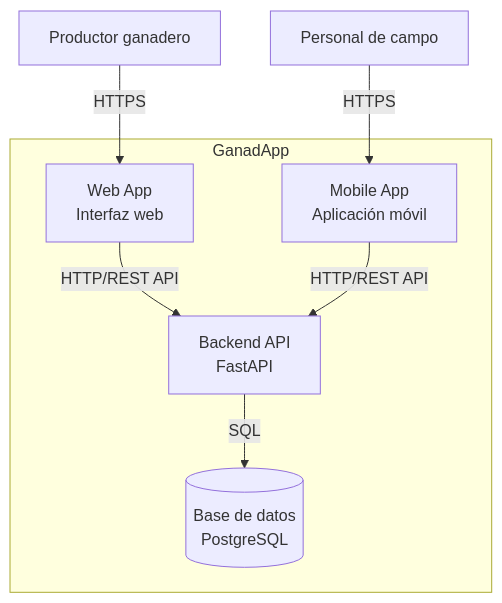
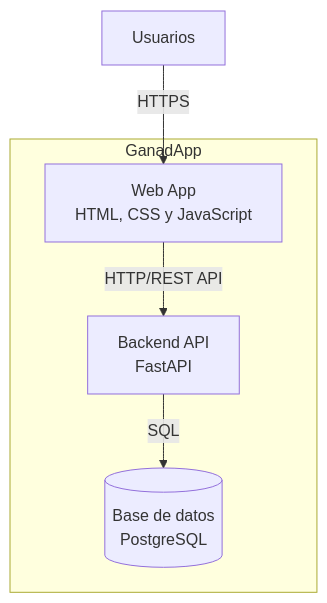
Before and after one commit to IES9018/agustinagnz-proyecto-ganadero: the diagram in docs/arquitectura/C4-contenedores.md, drawn with Mermaid. The commit also changed other lines of this file, not shown here.

Commit message:
docs(architecture): actualizar contenedores del sistema

````diff
--- a/docs/arquitectura/C4-contenedores.md
+++ b/docs/arquitectura/C4-contenedores.md
@@ -11,18 +11,14 @@
 ```mermaid
 flowchart TB
-    productor["Productor ganadero"]
-    campo["Personal de campo"]
+    usuarios["Usuarios"]
 
     subgraph ganadapp["GanadApp"]
-        web["Web App<br/>Interfaz web"]
-        mobile["Mobile App<br/>Aplicación móvil"]
+        web["Web App<br/>HTML, CSS y JavaScript"]
         api["Backend API<br/>FastAPI"]
         db[("Base de datos<br/>PostgreSQL")]
     end
 
-    productor -->|"HTTPS"| web
-    campo -->|"HTTPS"| mobile
+    usuarios -->|"HTTPS"| web
     web -->|"HTTP/REST API"| api
-    mobile -->|"HTTP/REST API"| api
     api -->|"SQL"| db
 ```
````
